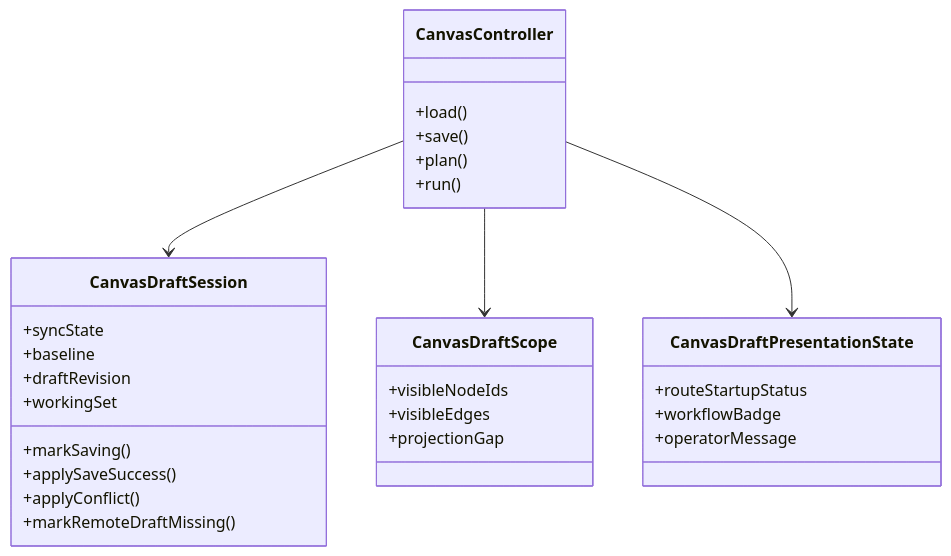
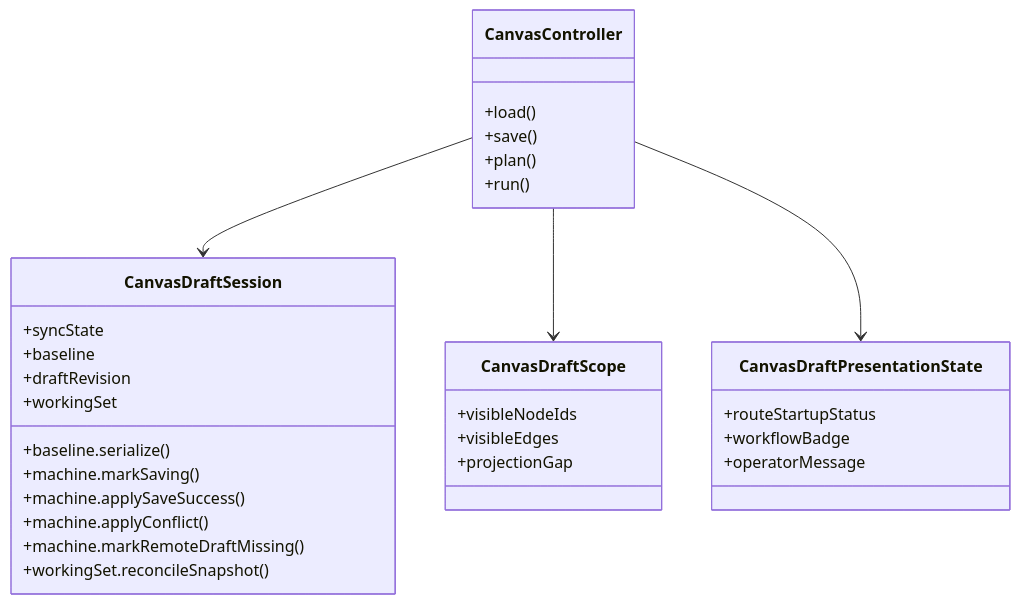
The diagram in docs/architecture/components/web/graph/graph-canvas-runtime-model.md (dunay2/dvt), drawn with Mermaid before and after one commit. The commit also changed other lines of this file and 23 other files, not shown here.

````diff
--- a/docs/architecture/components/web/graph/graph-canvas-runtime-model.md
+++ b/docs/architecture/components/web/graph/graph-canvas-runtime-model.md
@@ -26,36 +26,38 @@
 ```mermaid
 classDiagram
   class CanvasDraftSession {
     +syncState
     +baseline
     +draftRevision
     +workingSet
-    +markSaving()
-    +applySaveSuccess()
-    +applyConflict()
-    +markRemoteDraftMissing()
+    +baseline.serialize()
+    +machine.markSaving()
+    +machine.applySaveSuccess()
+    +machine.applyConflict()
+    +machine.markRemoteDraftMissing()
+    +workingSet.reconcileSnapshot()
   }
 
   class CanvasDraftScope {
     +visibleNodeIds
     +visibleEdges
     +projectionGap
   }
 
   class CanvasDraftPresentationState {
     +routeStartupStatus
     +workflowBadge
     +operatorMessage
   }
 
   class CanvasController {
     +load()
     +save()
     +plan()
     +run()
   }
 
   CanvasController --> CanvasDraftSession
   CanvasController --> CanvasDraftScope
   CanvasController --> CanvasDraftPresentationState
 ```
````
